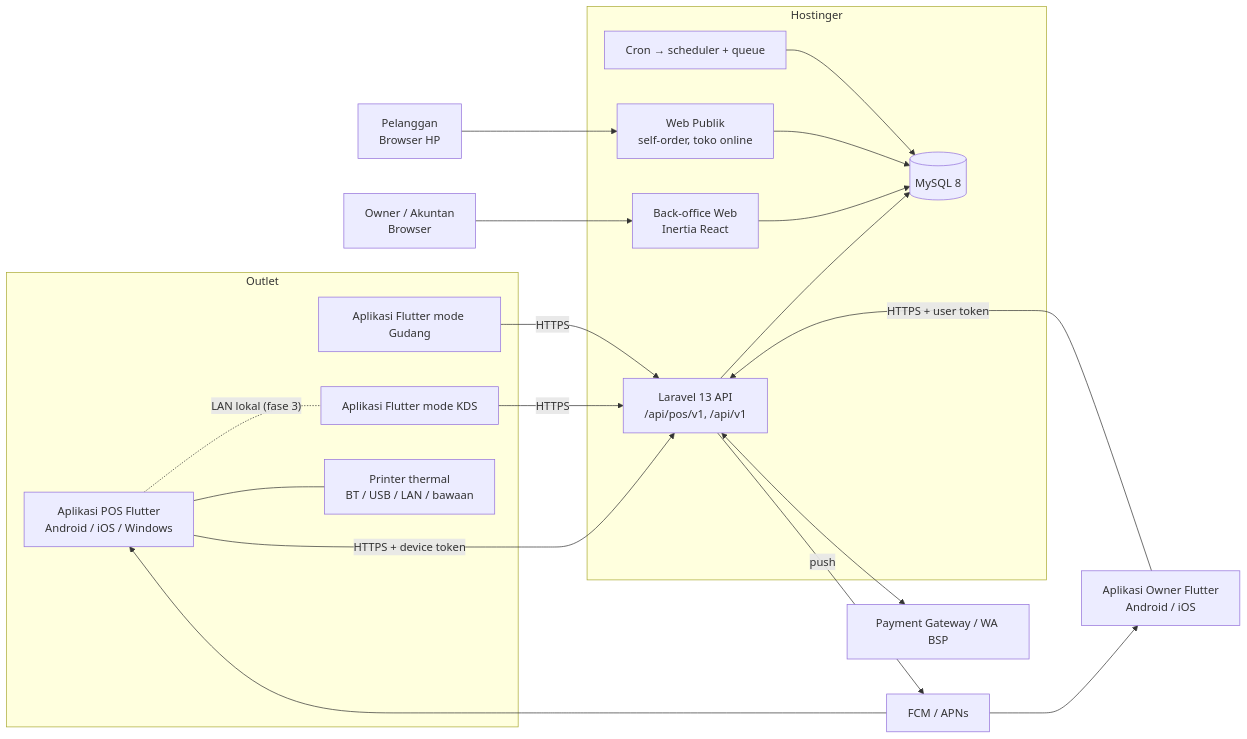
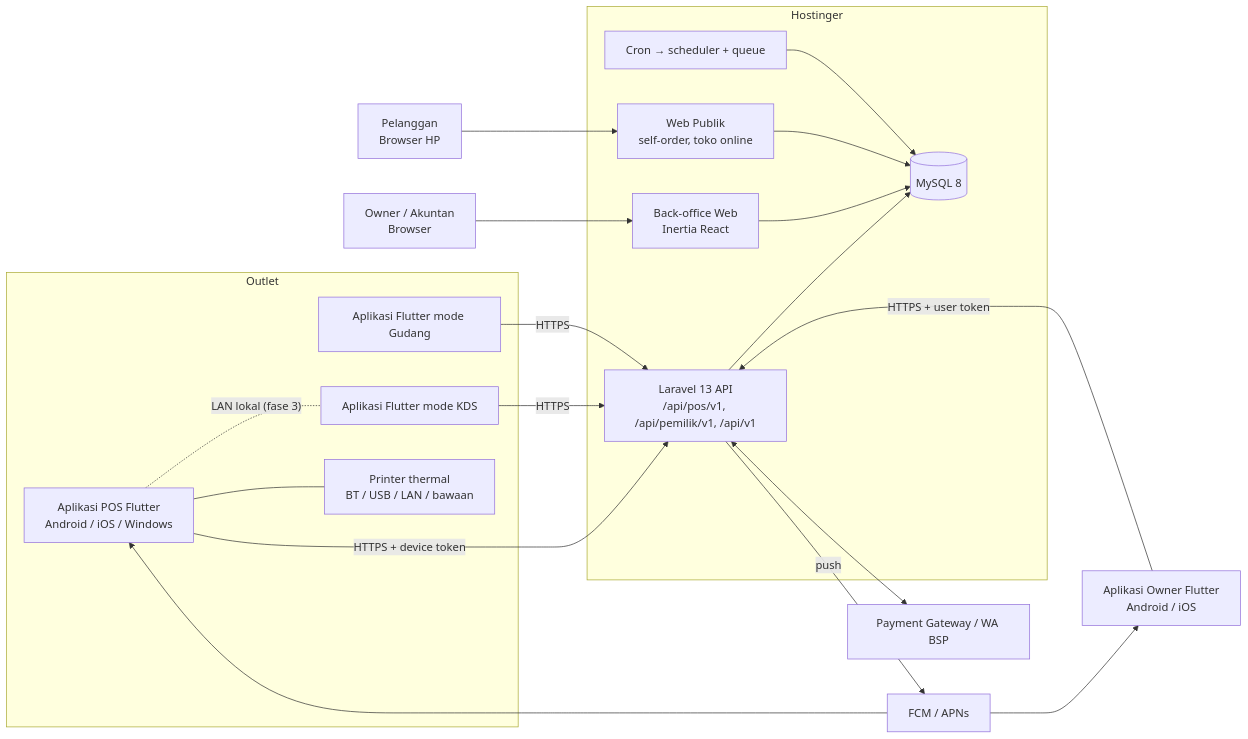
Before and after one commit to ahmad-affandi08/POS-SAAS: the fifth of 9 diagrams in PRD.md, drawn with Mermaid. The commit also changed other lines of this file, not shown here.

````diff
--- a/PRD.md
+++ b/PRD.md
@@ -1296,32 +1297,32 @@
 ```mermaid
 flowchart LR
     subgraph Outlet
       POS1[Aplikasi POS Flutter<br/>Android / iOS / Windows]
       KDS[Aplikasi Flutter mode KDS]
       WH[Aplikasi Flutter mode Gudang]
       PRN[Printer thermal<br/>BT / USB / LAN / bawaan]
       POS1 --- PRN
       POS1 -. LAN lokal (fase 3) .- KDS
     end
     subgraph Hostinger
-      API[Laravel 13 API<br/>/api/pos/v1, /api/v1]
+      API[Laravel 13 API<br/>/api/pos/v1, /api/pemilik/v1, /api/v1]
       WEB[Back-office Web<br/>Inertia React]
       PUB[Web Publik<br/>self-order, toko online]
       DB[(MySQL 8)]
       CRON[Cron → scheduler + queue]
       API --> DB
       WEB --> DB
       PUB --> DB
       CRON --> DB
     end
     POS1 -- HTTPS + device token --> API
     KDS -- HTTPS --> API
     WH -- HTTPS --> API
     OWNER[Owner / Akuntan<br/>Browser] --> WEB
     OAPP[Aplikasi Owner Flutter<br/>Android / iOS] -- HTTPS + user token --> API
     FCM --> OAPP
     CUST[Pelanggan<br/>Browser HP] --> PUB
     API -- push --> FCM[FCM / APNs]
     FCM --> POS1
     API <--> PG[Payment Gateway / WA BSP]
 ```
````
